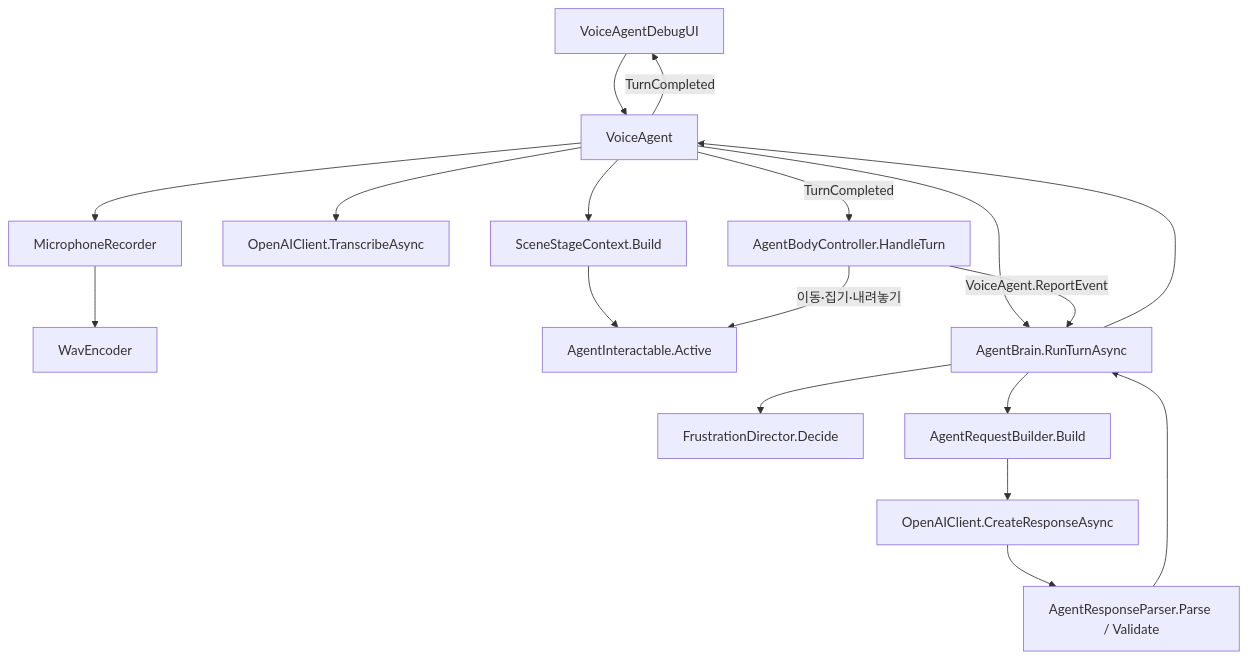
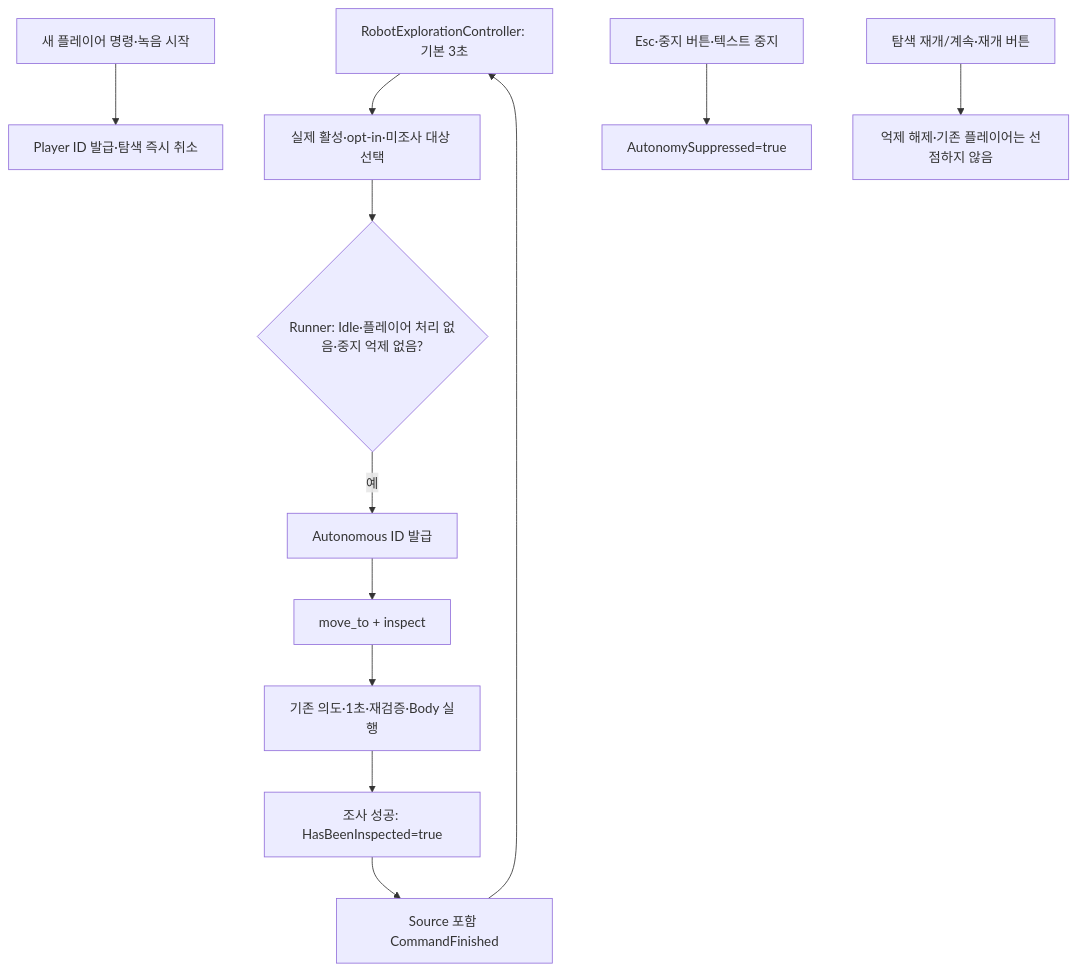
One commit to goido2211-GgG/Hanshin-University-Capstune-Design changed the first of 2 diagrams in Docs/VoiceAI/ARCHITECTURE.md. Above: the diagram before and after it, drawn with Mermaid. The commit also changed other lines of this file and 32 other files, not shown here.

````diff
--- a/Docs/VoiceAI/ARCHITECTURE.md
+++ b/Docs/VoiceAI/ARCHITECTURE.md
@@ -42,20 +19,14 @@
 ```mermaid
 flowchart TD
-    UI[VoiceAgentDebugUI] --> VA[VoiceAgent]
-    VA --> REC[MicrophoneRecorder]
-    REC --> WAV[WavEncoder]
-    VA --> STT[OpenAIClient.TranscribeAsync]
-    VA --> CTX[SceneStageContext.Build]
-    CTX --> OBJ[AgentInteractable.Active]
-    VA --> BRAIN[AgentBrain.RunTurnAsync]
-    BRAIN --> FD[FrustrationDirector.Decide]
-    BRAIN --> REQ[AgentRequestBuilder.Build]
-    REQ --> API[OpenAIClient.CreateResponseAsync]
-    API --> PARSER[AgentResponseParser.Parse / Validate]
-    PARSER --> BRAIN
-    BRAIN --> VA
-    VA -->|TurnCompleted| UI
-    VA -->|TurnCompleted| BODY[AgentBodyController.HandleTurn]
-    BODY -->|이동·집기·내려놓기| OBJ
-    BODY -->|VoiceAgent.ReportEvent| BRAIN
+    TIMER[RobotExplorationController: 기본 3초] --> PICK[실제 활성·opt-in·미조사 대상 선택]
+    PICK --> ADMIT{Runner: Idle·플레이어 처리 없음·중지 억제 없음?}
+    ADMIT -->|예| AUTO[Autonomous ID 발급]
+    AUTO --> PLAN[move_to + inspect]
+    PLAN --> RUN[기존 의도·1초·재검증·Body 실행]
+    RUN --> INSPECT[조사 성공: HasBeenInspected=true]
+    INSPECT --> DONE[Source 포함 CommandFinished]
+    DONE --> TIMER
+    PLAYER[새 플레이어 명령·녹음 시작] --> PREEMPT[Player ID 발급·탐색 즉시 취소]
+    STOP[Esc·중지 버튼·텍스트 중지] --> LATCH[AutonomySuppressed=true]
+    RESUME[탐색 재개/계속·재개 버튼] --> UNLATCH[억제 해제·기존 플레이어는 선점하지 않음]
 ```
````
